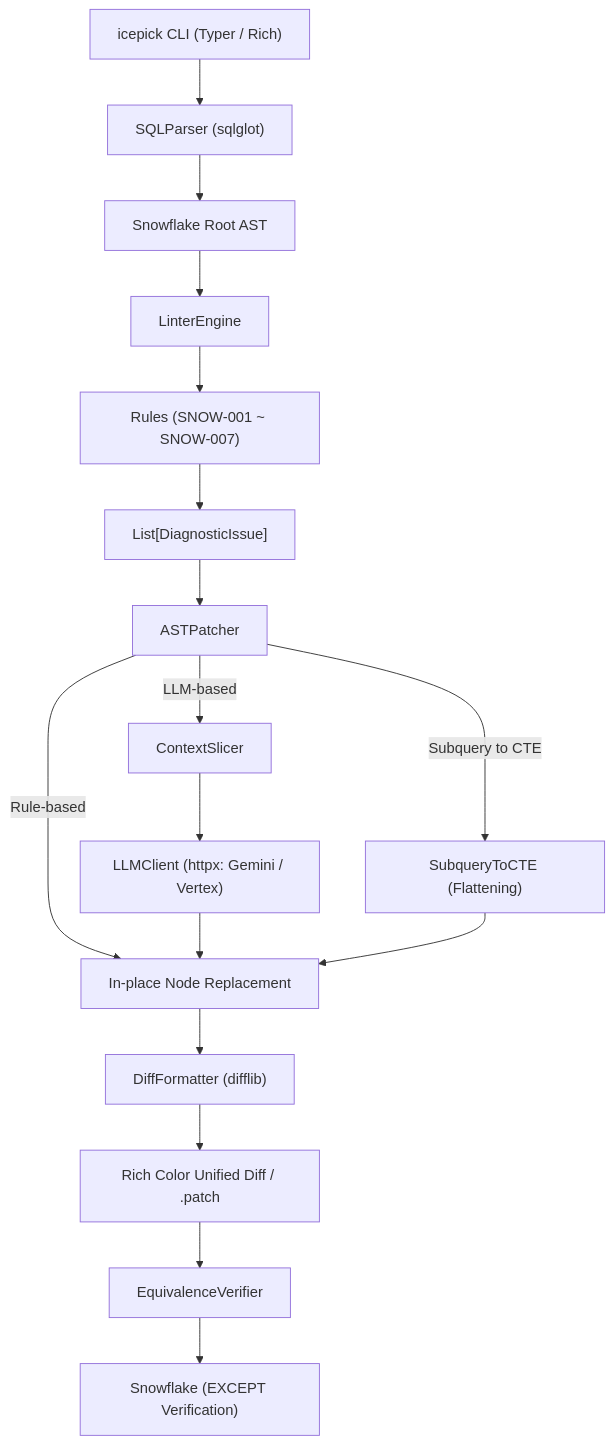
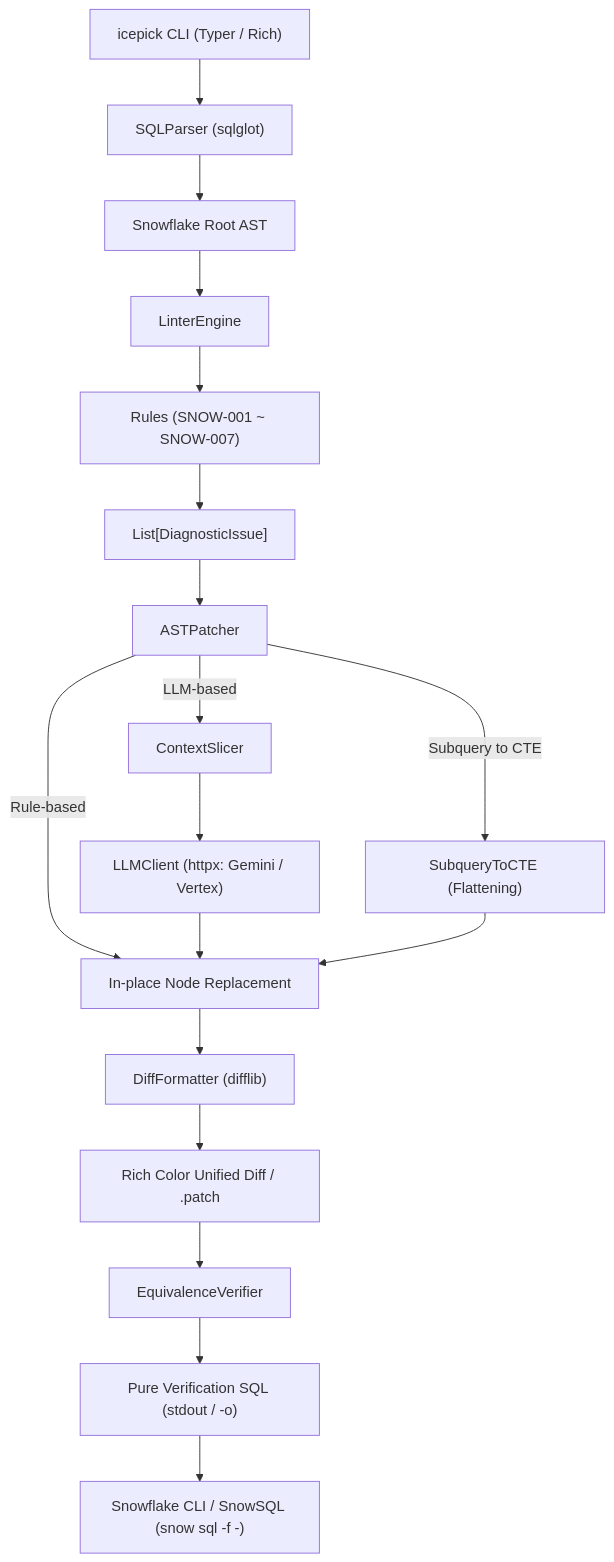
The diagram in README.md (snaga/icepick), drawn with Mermaid before and after one commit. The commit also changed other lines of this file and 24 other files, not shown here.

First line of the commit message:
feat(core): remove snowflake connectivity and dependencies for zero-credential architecture (task-18-3)

````diff
--- a/README.md
+++ b/README.md
@@ -65,19 +65,20 @@
 ```mermaid
 flowchart TD
     CLI["icepick CLI (Typer / Rich)"] --> Parser["SQLParser (sqlglot)"]
     Parser --> AST["Snowflake Root AST"]
     AST --> Linter["LinterEngine"]
     Linter --> Rules["Rules (SNOW-001 ~ SNOW-007)"]
     Rules --> Issues["List[DiagnosticIssue]"]
     Issues --> Patcher["ASTPatcher"]
     Patcher -->|Rule-based| InPlace["In-place Node Replacement"]
     Patcher -->|Subquery to CTE| CTEExt["SubqueryToCTE (Flattening)"]
     Patcher -->|LLM-based| Slicer["ContextSlicer"]
     Slicer --> LLMClient["LLMClient (httpx: Gemini / Vertex)"]
     LLMClient --> InPlace
     CTEExt --> InPlace
     InPlace --> Diff["DiffFormatter (difflib)"]
     Diff --> Terminal["Rich Color Unified Diff / .patch"]
     Terminal --> Verifier["EquivalenceVerifier"]
-    Verifier --> DB["Snowflake (EXCEPT Verification)"]
+    Verifier --> SQL["Pure Verification SQL (stdout / -o)"]
+    SQL --> DB["Snowflake CLI / SnowSQL (snow sql -f -)"]
 ```
````
